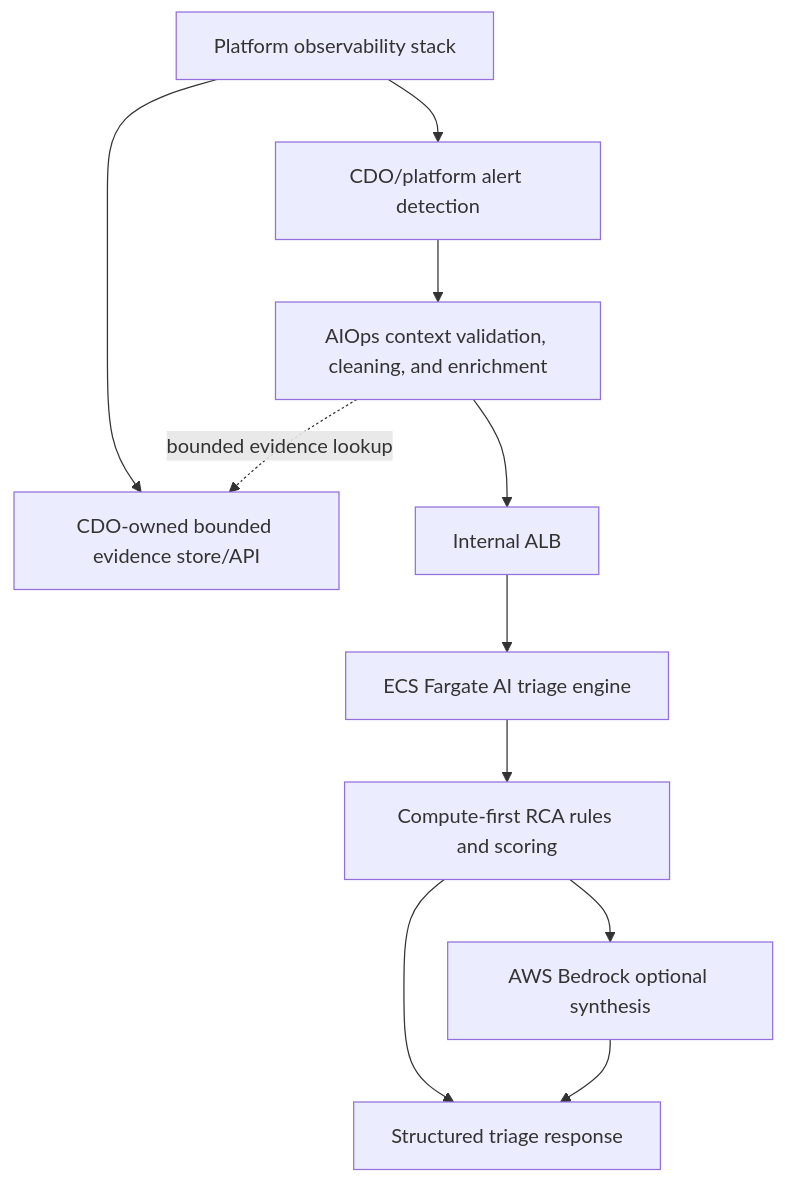
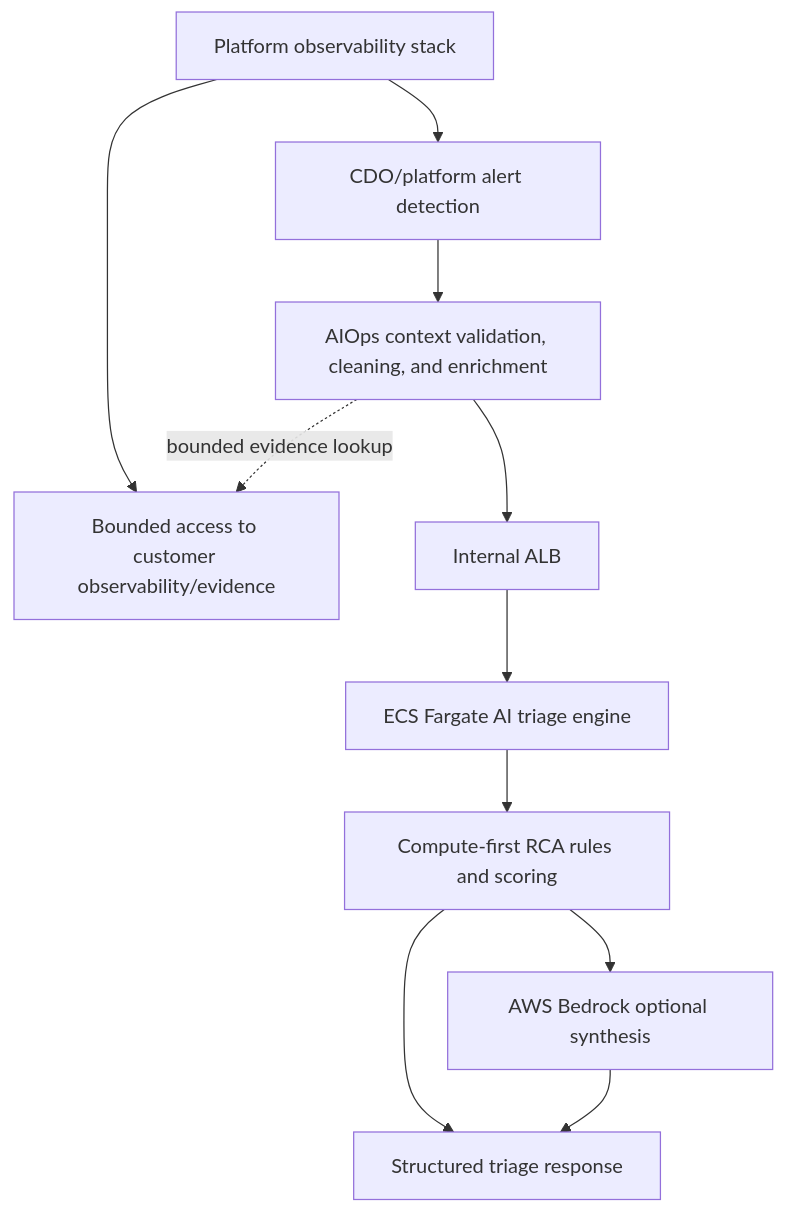
Before and after one commit to c0mmie-b0msh3ll/xBrain-capstone2: the diagram in capstone/tf-1/ai/docs/03_ai_engine_spec.md, drawn with Mermaid. The commit also changed other lines of this file and 7 other files, not shown here.

Commit message:
Clarify customer observability evidence source

````diff
--- a/capstone/tf-1/ai/docs/03_ai_engine_spec.md
+++ b/capstone/tf-1/ai/docs/03_ai_engine_spec.md
@@ -198,13 +199,13 @@
 ```mermaid
 graph TB
     Obs[Platform observability stack] --> Alert[CDO/platform alert detection]
-    Obs --> Evidence[CDO-owned bounded evidence store/API]
+    Obs --> Evidence[Bounded access to customer observability/evidence]
     Alert --> Context[AIOps context validation, cleaning, and enrichment]
     Context -. bounded evidence lookup .-> Evidence
     Context --> ALB[Internal ALB]
     ALB --> ECS[ECS Fargate AI triage engine]
     ECS --> Rules[Compute-first RCA rules and scoring]
     Rules --> Response[Structured triage response]
     Rules --> Bedrock[AWS Bedrock optional synthesis]
     Bedrock --> Response
 ```
````
